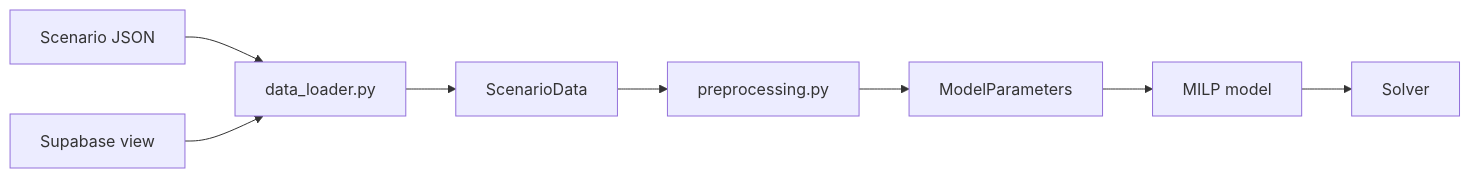
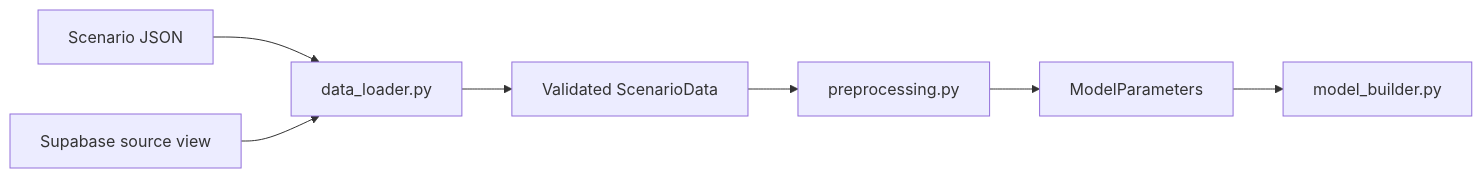
Before and after one commit to ksuraev/Aqua-Blend-MILP-Team: the first of 2 diagrams in MILP/Documentations/data_loader_validation.md, drawn with Mermaid. The commit also changed other lines of this file, not shown here.

Commit message:
revamped document data loader validation

````diff
--- a/MILP/Documentations/data_loader_validation.md
+++ b/MILP/Documentations/data_loader_validation.md
@@ -30,10 +10,9 @@
 ```mermaid
 flowchart LR
     A[Scenario JSON] --> C[data_loader.py]
-    B[Supabase view] --> C
-    C --> D[ScenarioData]
+    B[Supabase source view] --> C
+    C --> D[Validated ScenarioData]
     D --> E[preprocessing.py]
     E --> F[ModelParameters]
-    F --> G[MILP model]
-    G --> H[Solver]
+    F --> G[model_builder.py]
 ```
````
